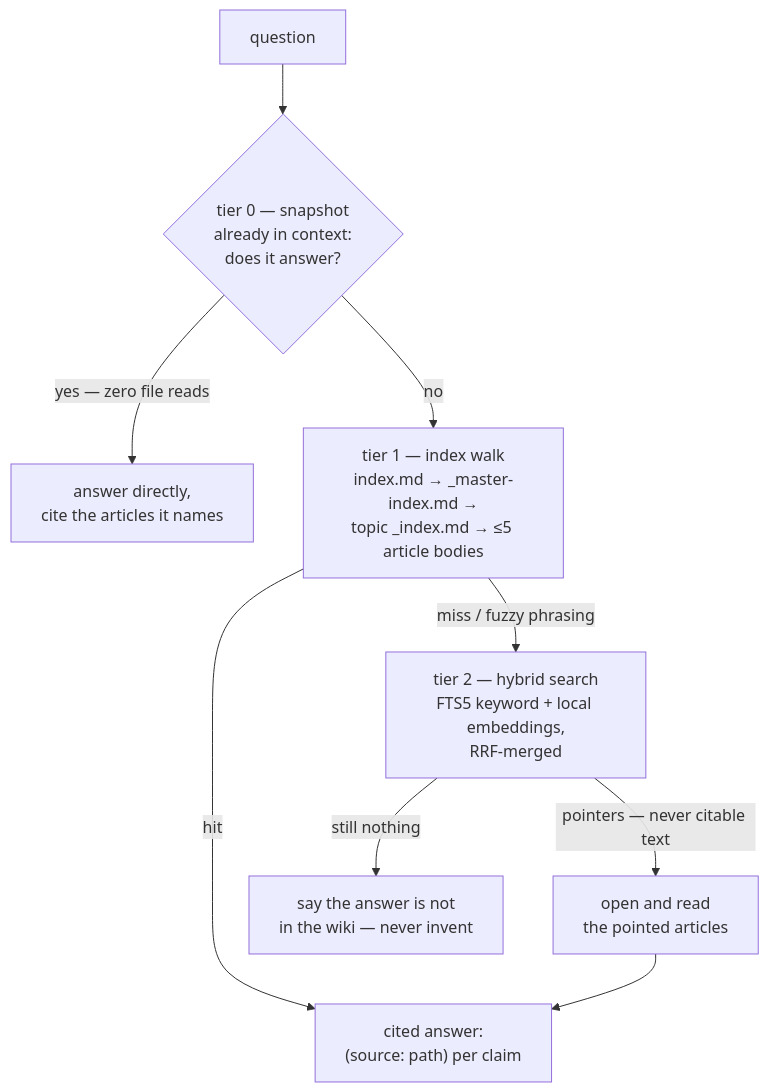
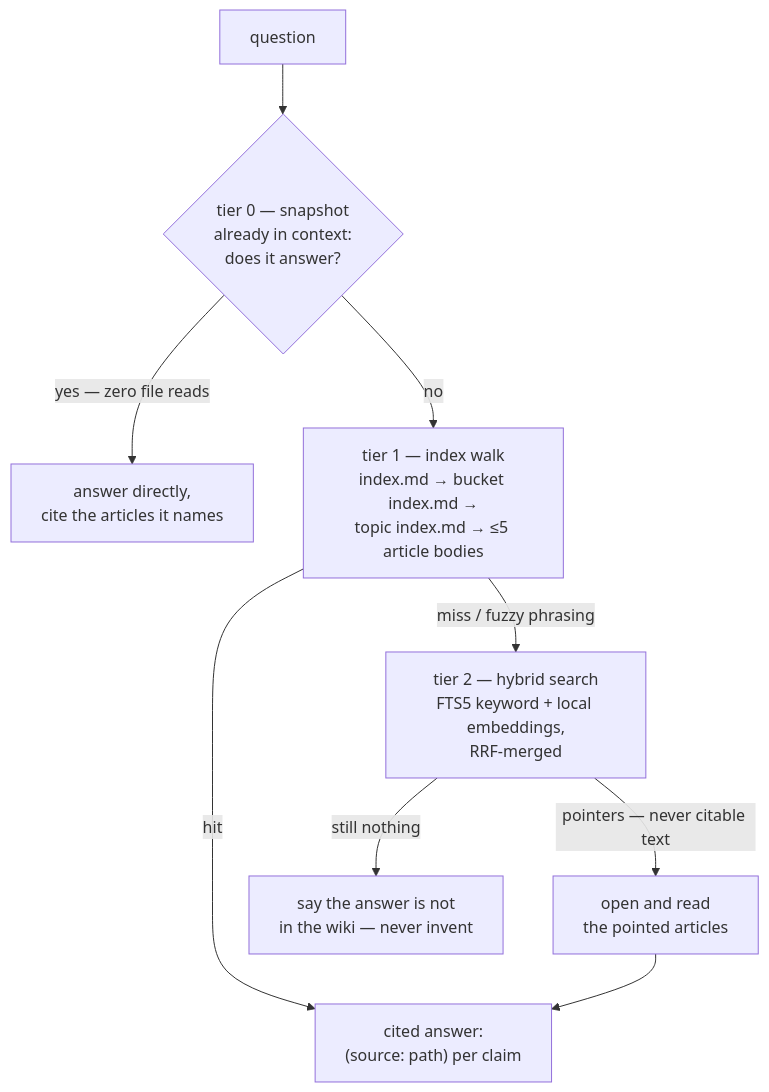
One commit to mmanzini/agentic-knowledge-engine changed the second of 4 diagrams in README.md. Above: the diagram before and after it, drawn with Mermaid. The commit also changed other lines of this file and 16 other files, not shown here.

````diff
--- a/README.md
+++ b/README.md
@@ -126,11 +123,11 @@
 ```mermaid
 flowchart TD
     Q["question"] --> T0{"tier 0 — snapshot<br/>already in context:<br/>does it answer?"}
     T0 -- "yes — zero file reads" --> A["answer directly,<br/>cite the articles it names"]
-    T0 -- no --> T1["tier 1 — index walk<br/>index.md → _master-index.md →<br/>topic _index.md → ≤5 article bodies"]
+    T0 -- no --> T1["tier 1 — index walk<br/>index.md → bucket index.md →<br/>topic index.md → ≤5 article bodies"]
     T1 -- hit --> C["cited answer:<br/>(source: path) per claim"]
     T1 -- "miss / fuzzy phrasing" --> T2["tier 2 — hybrid search<br/>FTS5 keyword + local embeddings,<br/>RRF-merged"]
     T2 -- "pointers — never citable text" --> R["open and read<br/>the pointed articles"]
     R --> C
     T2 -- "still nothing" --> H["say the answer is not<br/>in the wiki — never invent"]
 ```
````
